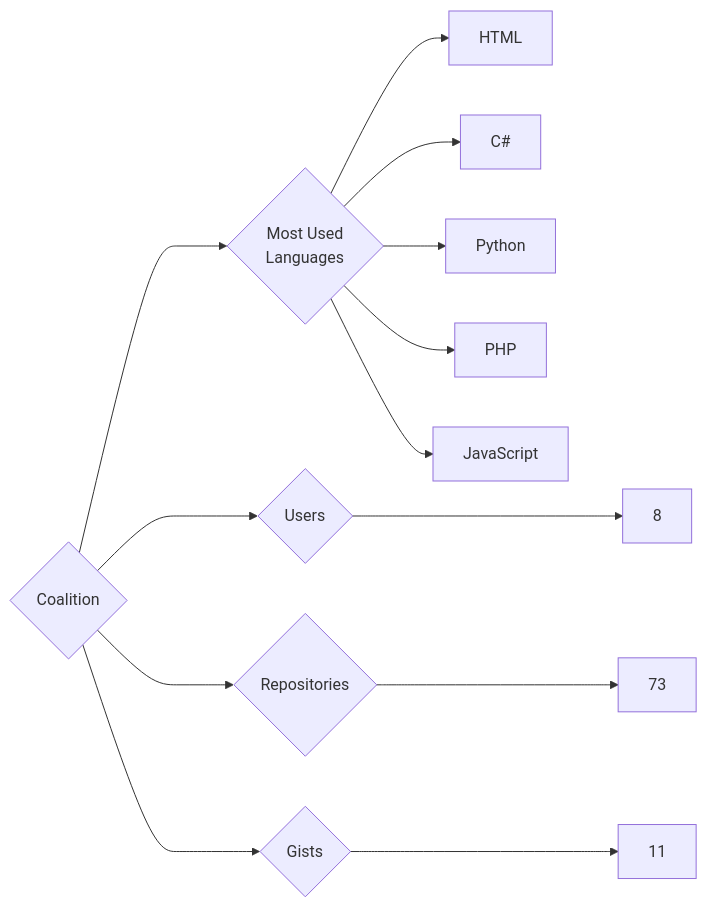
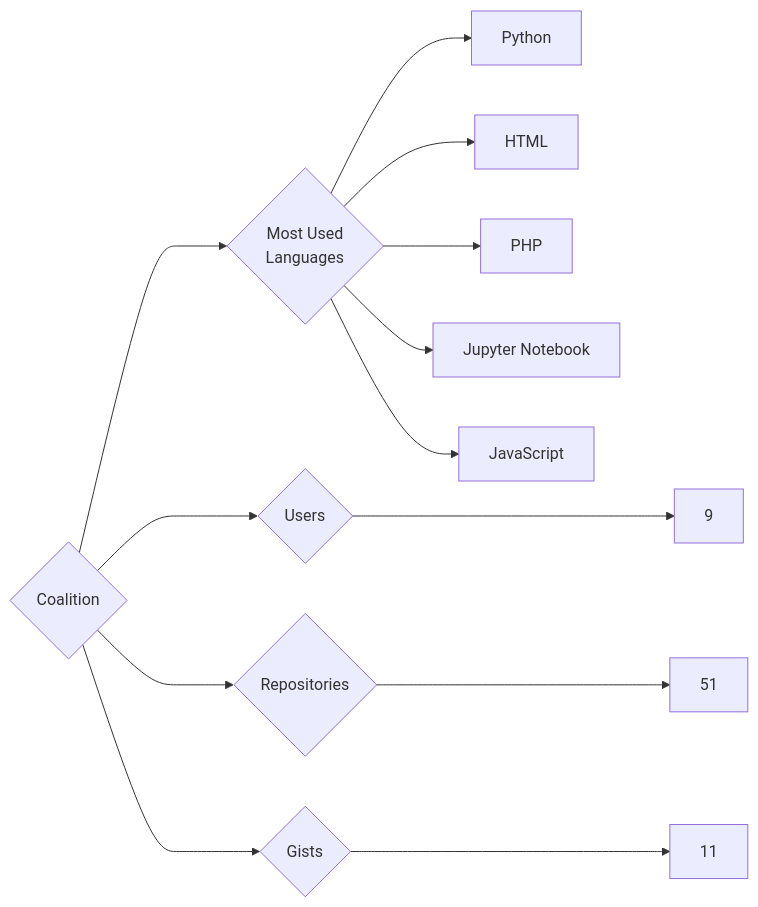
One commit to trickest/insiders changed the diagram in targets/Coalition/README.md. Above: the diagram before and after it, drawn with Mermaid. The commit also changed 657 other files, not shown here.

````diff
--- a/targets/Coalition/README.md
+++ b/targets/Coalition/README.md
@@ -3,13 +3,13 @@
 ```mermaid
 graph LR
 COMPANY_NAME{Coalition}
-COMPANY_NAME ---> U{Users} ---> UN[8]
-COMPANY_NAME ---> R{Repositories} ---> RN[73]
+COMPANY_NAME ---> U{Users} ---> UN[9]
+COMPANY_NAME ---> R{Repositories} ---> RN[51]
 COMPANY_NAME ---> G{Gists} ---> GN[11]
 COMPANY_NAME ---> ML{Most Used<br>Languages}
+ML --> Python[Python]
 ML --> HTML[HTML]
-ML --> C#[C#]
-ML --> Python[Python]
 ML --> PHP[PHP]
+ML --> Jupyter_Notebook[Jupyter Notebook]
 ML --> JavaScript[JavaScript]
 ```
````
